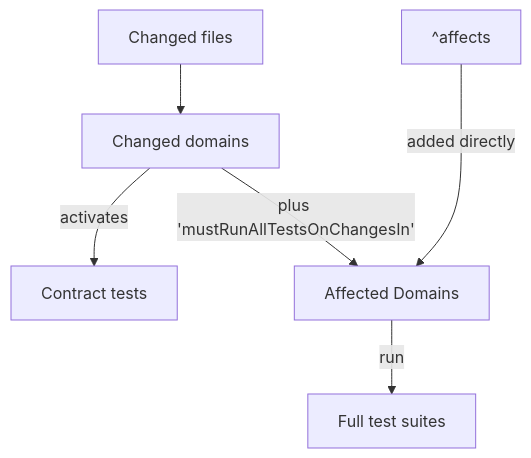
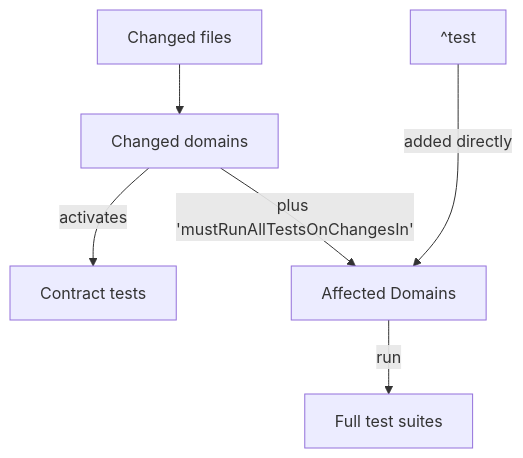
The diagram in repo/TEST-FEDERATION.md (JetBrains/kotlin), drawn with Mermaid before and after one commit. The commit also changed other lines of this file and 4 other files, not shown here.

First line of the commit message:
[Build] Test Federation: Rename `^affects` to `^test`

````diff
--- a/repo/TEST-FEDERATION.md
+++ b/repo/TEST-FEDERATION.md
@@ -273,15 +273,15 @@
 ```mermaid
 flowchart TD
     ChangedFiles["Changed files"]
     ChangedDomains["Changed domains"]
     ContractTests["Contract tests"]
     AffectedDomains["Affected Domains"]
-    AffectsCommand["^affects"]
+    TestCommand["^test"]
     FullTestSuites["Full test suites"]
 
     ChangedFiles --> ChangedDomains
     ChangedDomains -->|activates| ContractTests
     ChangedDomains -->|plus 'mustRunAllTestsOnChangesIn' | AffectedDomains
-    AffectsCommand --->|added directly| AffectedDomains
+    TestCommand --->|added directly| AffectedDomains
     AffectedDomains -->|run| FullTestSuites
 ```
````
